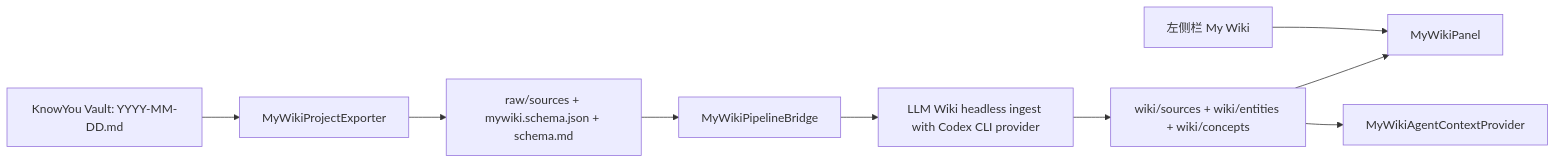
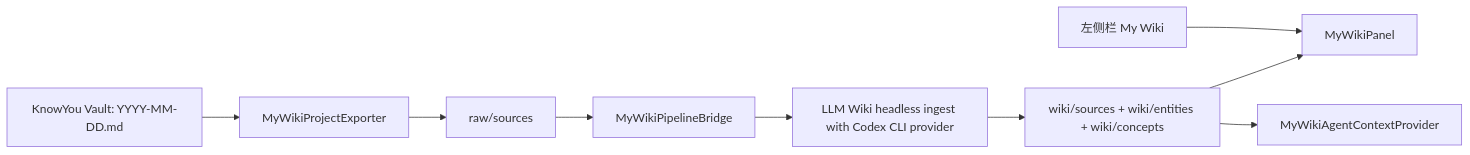
Before and after one commit to gift-is-coding/know-you-open-source: the third of 3 diagrams in docs/architecture.md, drawn with Mermaid. The commit also changed other lines of this file and 25 other files, not shown here.

````diff
--- a/docs/architecture.md
+++ b/docs/architecture.md
@@ -698,11 +697,11 @@
 ```mermaid
 flowchart LR
     A["KnowYou Vault: YYYY-MM-DD.md"] --> B["MyWikiProjectExporter"]
-    B --> C["raw/sources + mywiki.schema.json + schema.md"]
+    B --> C["raw/sources"]
     C --> D["MyWikiPipelineBridge"]
     D --> E["LLM Wiki headless ingest with Codex CLI provider"]
     E --> F["wiki/sources + wiki/entities + wiki/concepts"]
     F --> G["MyWikiPanel"]
     F --> H["MyWikiAgentContextProvider"]
     I["左侧栏 My Wiki"] --> G
 ```
````
